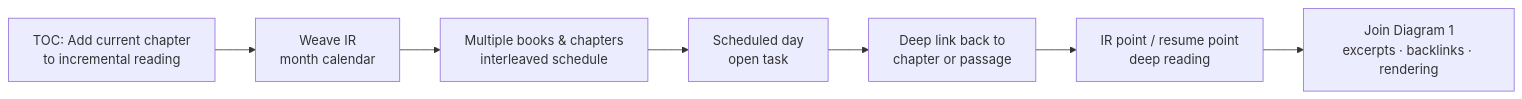
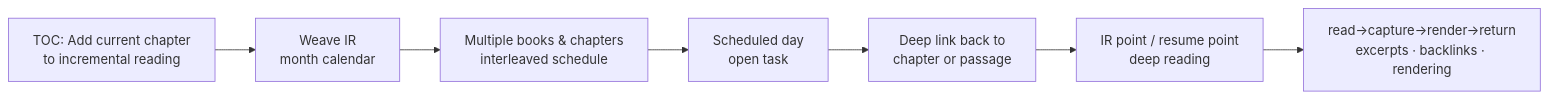
Before and after one commit to neil-wang-global/obsidian-weave-reader: the fourth of 4 diagrams in README.md, drawn with Mermaid. The commit also changed other lines of this file, not shown here.

Commit message:
docs: remove core-loop Mermaid diagram from README

````diff
--- a/README.md
+++ b/README.md
@@ -357,12 +317,12 @@
 ```mermaid
 flowchart LR
   TOC["TOC: Add current chapter<br/>to incremental reading"]
   CAL["Weave IR<br/>month calendar"]
   MIX["Multiple books & chapters<br/>interleaved schedule"]
   DAY["Scheduled day<br/>open task"]
   BOOK["Deep link back to<br/>chapter or passage"]
   DEEP["IR point / resume point<br/>deep reading"]
-  LOOP["Join Diagram 1<br/>excerpts · backlinks · rendering"]
+  LOOP["read→capture→render→return<br/>excerpts · backlinks · rendering"]
 
   TOC --> CAL --> MIX --> DAY --> BOOK --> DEEP --> LOOP
 ```
````
